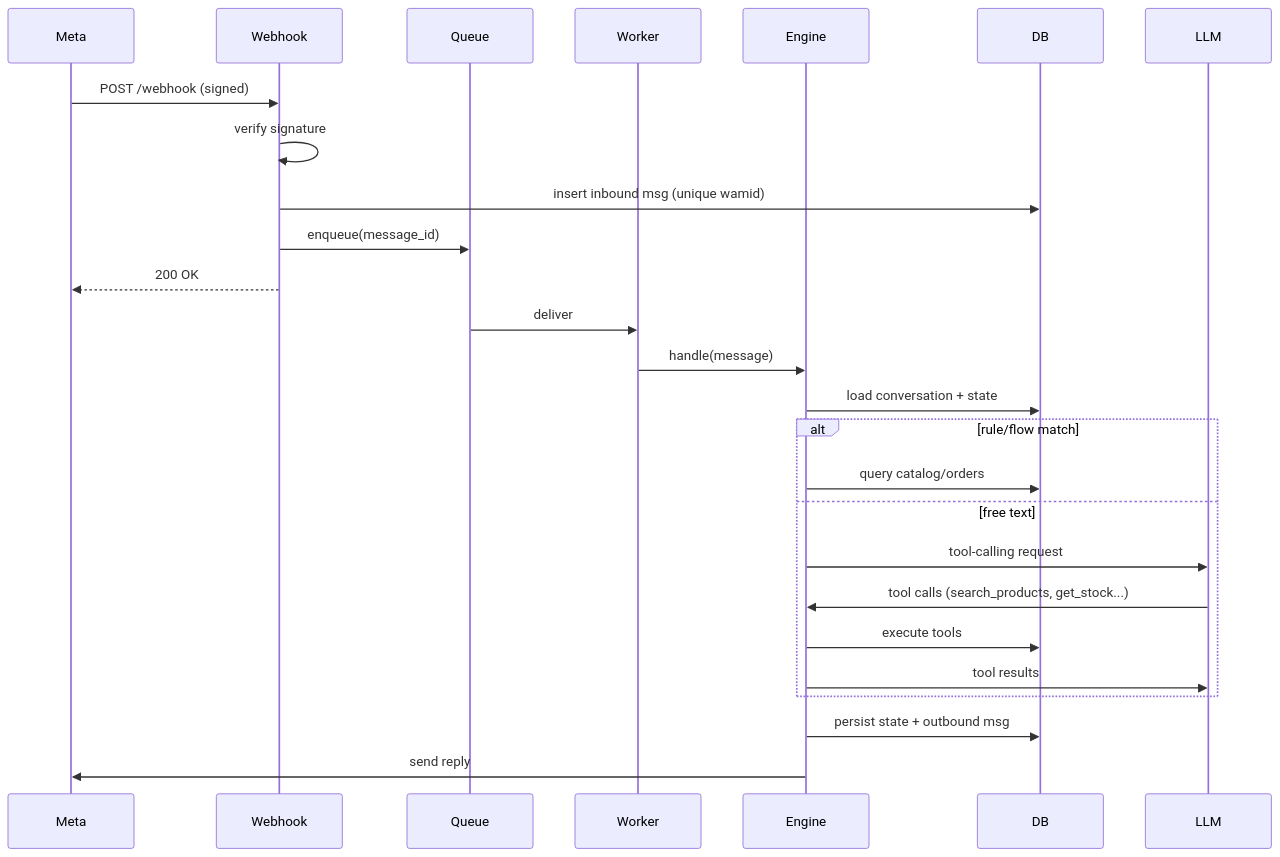
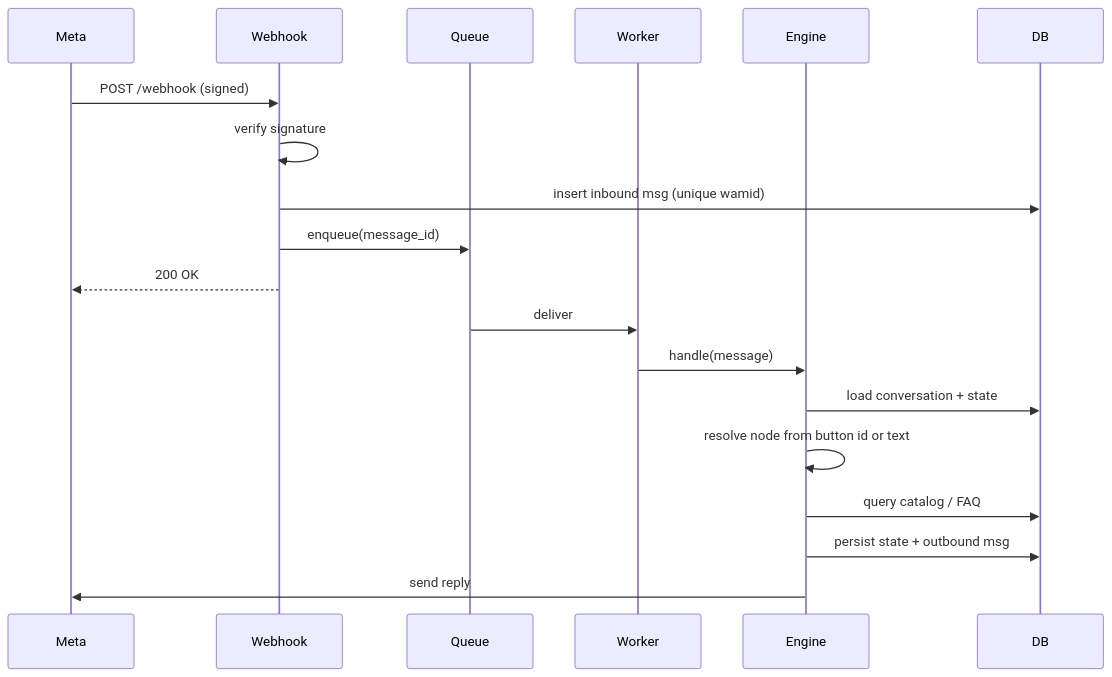
One commit to rodycastillo/tee-concierge changed the third of 3 diagrams in docs/02-architecture.md. Above: the diagram before and after it, drawn with Mermaid. The commit also changed other lines of this file and 11 other files, not shown here.

````diff
--- a/docs/02-architecture.md
+++ b/docs/02-architecture.md
@@ -57,28 +54,21 @@
 ```mermaid
 sequenceDiagram
     participant Meta
     participant API as Webhook
     participant Q as Queue
     participant W as Worker
     participant E as Engine
     participant DB
-    participant LLM
     Meta->>API: POST /webhook (signed)
     API->>API: verify signature
     API->>DB: insert inbound msg (unique wamid)
     API->>Q: enqueue(message_id)
     API-->>Meta: 200 OK
     Q->>W: deliver
     W->>E: handle(message)
     E->>DB: load conversation + state
-    alt rule/flow match
-        E->>DB: query catalog/orders
-    else free text
-        E->>LLM: tool-calling request
-        LLM->>E: tool calls (search_products, get_stock...)
-        E->>DB: execute tools
-        E->>LLM: tool results
-    end
+    E->>E: resolve node from button id or text
+    E->>DB: query catalog / FAQ
     E->>DB: persist state + outbound msg
     E->>Meta: send reply
 ```
````
